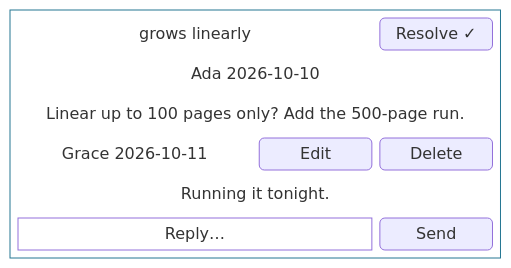
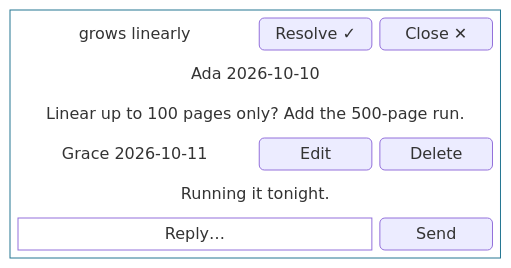
Before and after one commit to sandstorm/zwiebelfisch: the diagram in docs/diagrams/comment-card.mmd, drawn with Mermaid. The commit also changed 29 other files, not shown here.

```diff
--- a/docs/diagrams/comment-card.mmd
+++ b/docs/diagrams/comment-card.mmd
@@ -1,16 +1,16 @@
 block-beta
   block:card:4
     columns 4
-    quote["grows linearly"]:3 resolve("Resolve ✓")
+    quote["grows linearly"]:2 resolve("Resolve ✓") close("Close ✕")
     ada["Ada  2026-10-10"]:4
     m1["Linear up to 100 pages only? Add the 500-page run."]:4
     grace["Grace  2026-10-11"]:2 edit("Edit") delete("Delete")
     m2["Running it tonight."]:4
     reply["Reply…"]:3 send("Send")
   end
   classDef text fill:#ffffff,stroke:#ffffff
   classDef field fill:#ffffff
   class quote,ada,m1,grace,m2 text
   classDef card fill:#ffffff,stroke:#257792
   class reply field
   class card card
```
